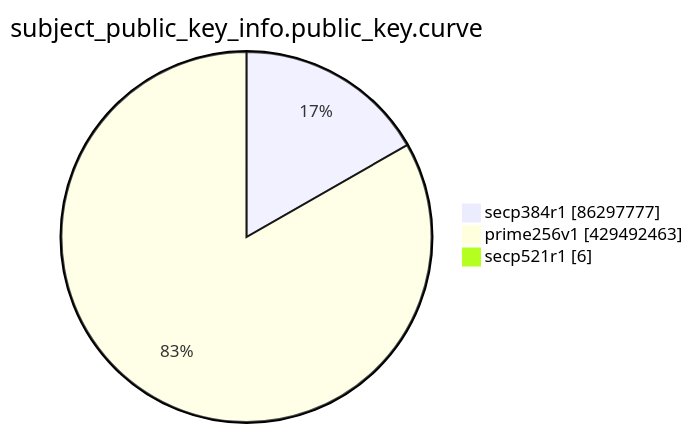
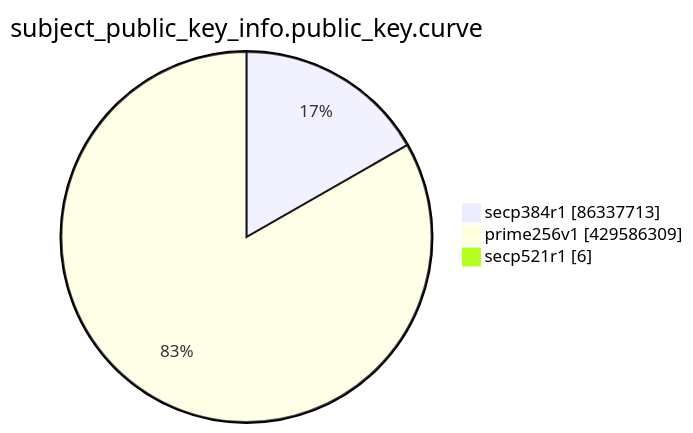
The eighth of 15 diagrams in TOTAL/README.md (christiankrug/ctmonitor_visualization), drawn with Mermaid before and after one commit. The commit also changed other lines of this file, not shown here.

````diff
--- a/TOTAL/README.md
+++ b/TOTAL/README.md
@@ -3100,7 +3100,7 @@
 ```mermaid
 pie showData
 title subject_public_key_info.public_key.curve
-"secp384r1" :86297777
-"prime256v1" :429492463
+"secp384r1" :86337713
+"prime256v1" :429586309
 "secp521r1" :6
 ```
````
